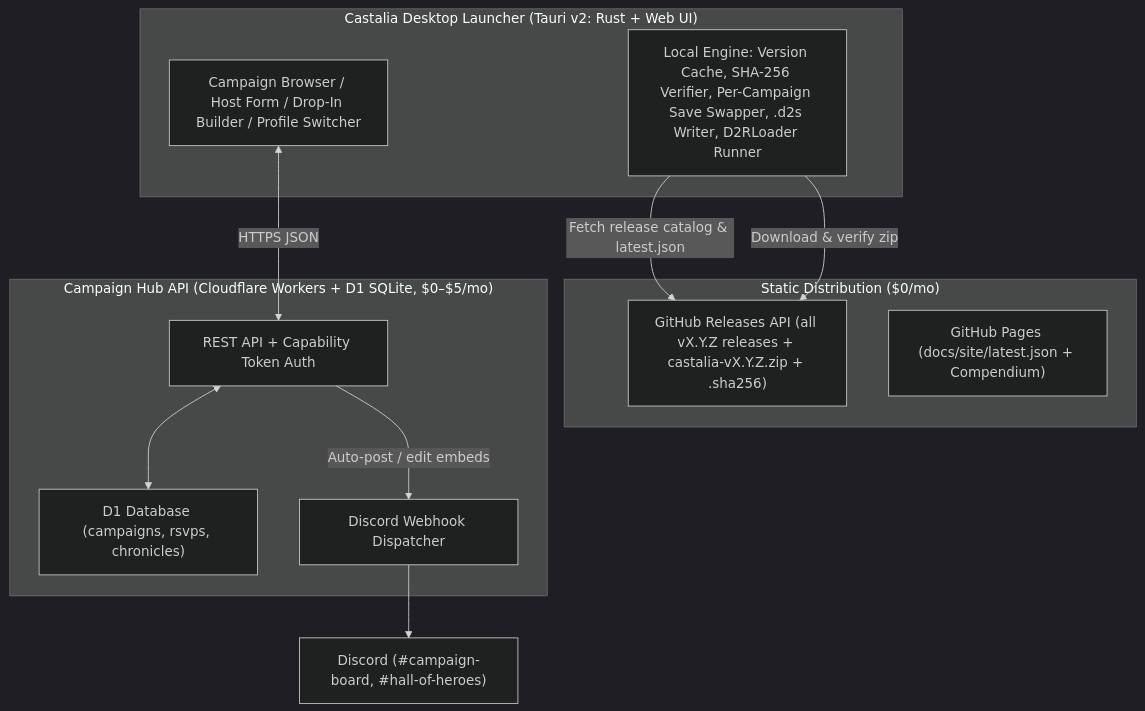
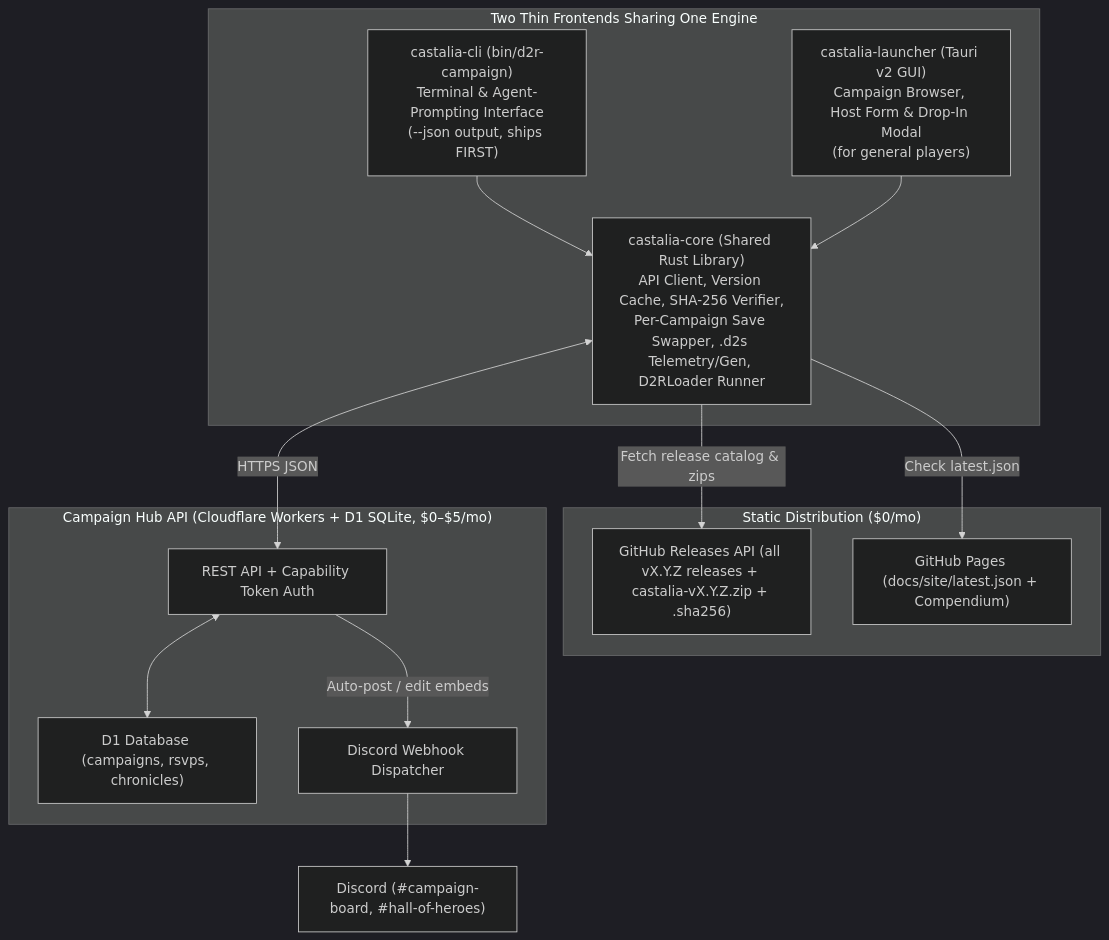
One commit to grant0711/d2r-castalia changed the diagram in docs/systems/LAUNCHER_SPEC.md. Above: the diagram before and after it, drawn with Mermaid (dark theme). The commit also changed other lines of this file, not shown here.

Commit message:
docs(launcher): add shared castalia-core CLI layer, D2RLoader handoff & PluginSDK backlog

````diff
--- a/docs/systems/LAUNCHER_SPEC.md
+++ b/docs/systems/LAUNCHER_SPEC.md
@@ -10,25 +10,28 @@
 ```mermaid
 flowchart TB
-    subgraph Client["Castalia Desktop Launcher (Tauri v2: Rust + Web UI)"]
-        UI["Campaign Browser / Host Form / Drop-In Builder / Profile Switcher"]
-        FS["Local Engine: Version Cache, SHA-256 Verifier, Per-Campaign Save Swapper, .d2s Writer, D2RLoader Runner"]
+    subgraph Clients["Two Thin Frontends Sharing One Engine"]
+        CLI["castalia-cli (bin/d2r-campaign)\nTerminal & Agent-Prompting Interface\n(--json output, ships FIRST)"]
+        GUI["castalia-launcher (Tauri v2 GUI)\nCampaign Browser, Host Form & Drop-In Modal\n(for general players)"]
+        CORE["castalia-core (Shared Rust Library)\nAPI Client, Version Cache, SHA-256 Verifier,\nPer-Campaign Save Swapper, .d2s Telemetry/Gen, D2RLoader Runner"]
+        CLI --> CORE
+        GUI --> CORE
     end
 
     subgraph Static["Static Distribution ($0/mo)"]
         GH["GitHub Releases API (all vX.Y.Z releases + castalia-vX.Y.Z.zip + .sha256)"]
         PAGES["GitHub Pages (docs/site/latest.json + Compendium)"]
     end
 
     subgraph Backend["Campaign Hub API (Cloudflare Workers + D1 SQLite, $0–$5/mo)"]
         API["REST API + Capability Token Auth"]
         DB["D1 Database (campaigns, rsvps, chronicles)"]
         HOOK["Discord Webhook Dispatcher"]
     end
 
-    FS -->|"Fetch release catalog & latest.json"| GH
-    FS -->|"Download & verify zip"| GH
-    UI <-->|"HTTPS JSON"| API
+    CORE -->|"Fetch release catalog & zips"| GH
+    CORE -->|"Check latest.json"| PAGES
+    CORE <-->|"HTTPS JSON"| API
     API <--> DB
     API -->|"Auto-post / edit embeds"| HOOK
     HOOK --> DISCORD["Discord (#campaign-board, #hall-of-heroes)"]
 ```
````
